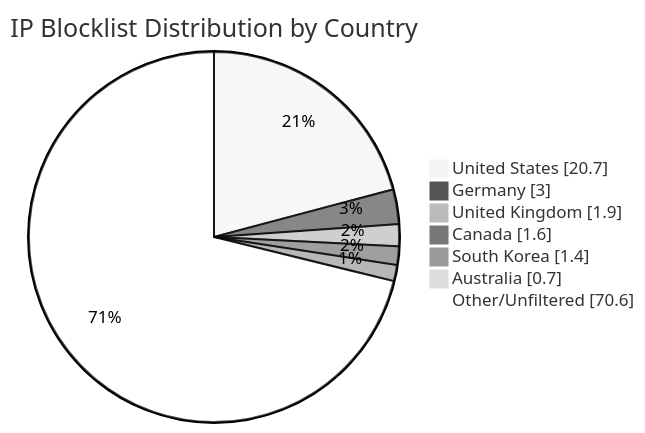
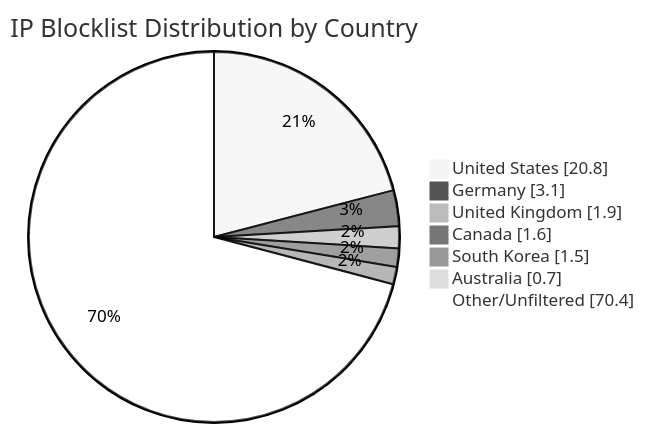
One commit to MarcusHoltz/ipblocklist-geofiltered-aggregator changed the diagram in README.md. Above: the diagram before and after it, drawn with Mermaid (neutral theme). The commit also changed other lines of this file and 9 other files, not shown here.

````diff
--- a/README.md
+++ b/README.md
@@ -34,10 +34,10 @@
 ```mermaid
 pie showData title IP Blocklist Distribution by Country
-"United States" : 20.7
-"Germany" : 3.0
+"United States" : 20.8
+"Germany" : 3.1
 "United Kingdom" : 1.9
 "Canada" : 1.6
-"South Korea" : 1.4
+"South Korea" : 1.5
 "Australia" : 0.7
-"Other/Unfiltered" : 70.6
+"Other/Unfiltered" : 70.4
 ```
````
